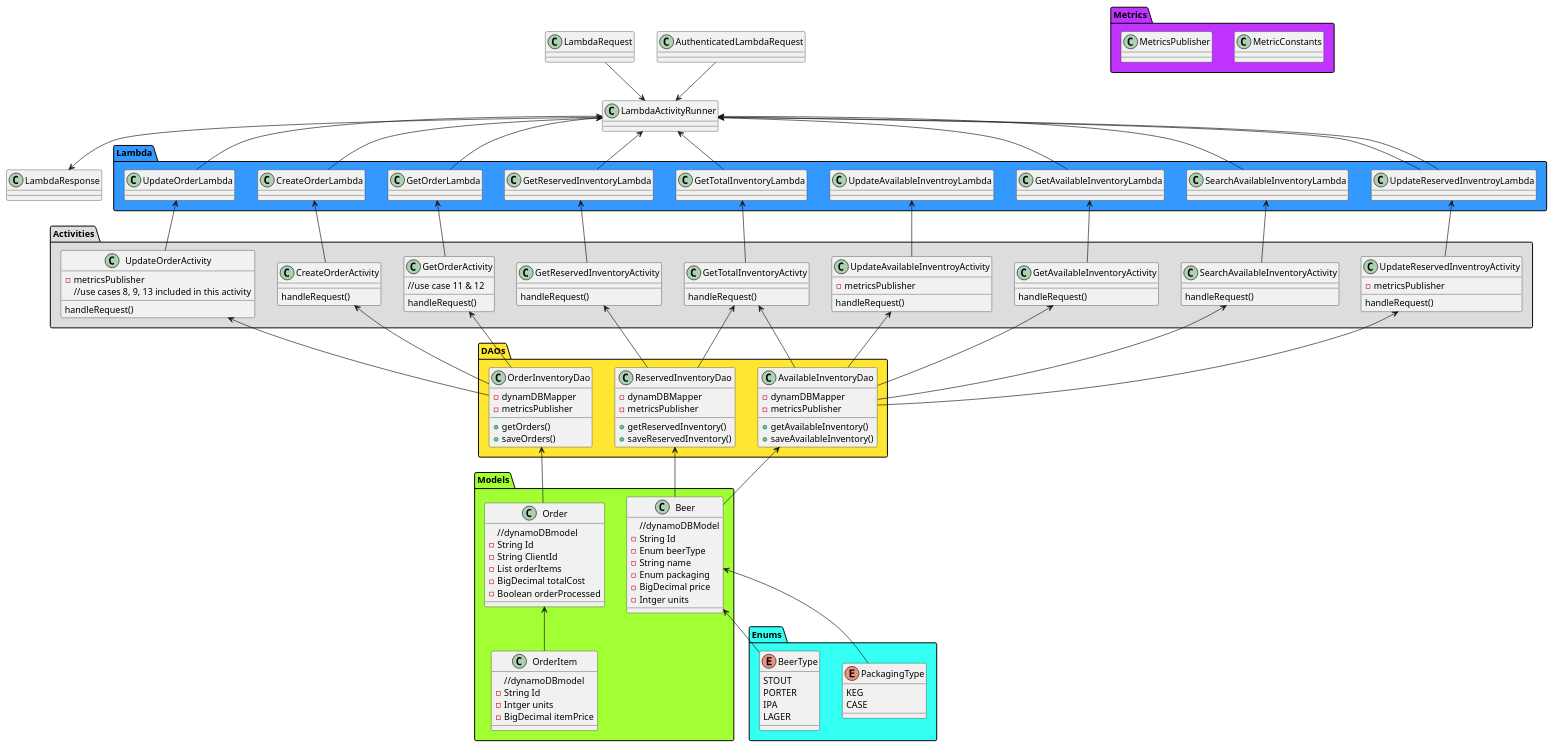
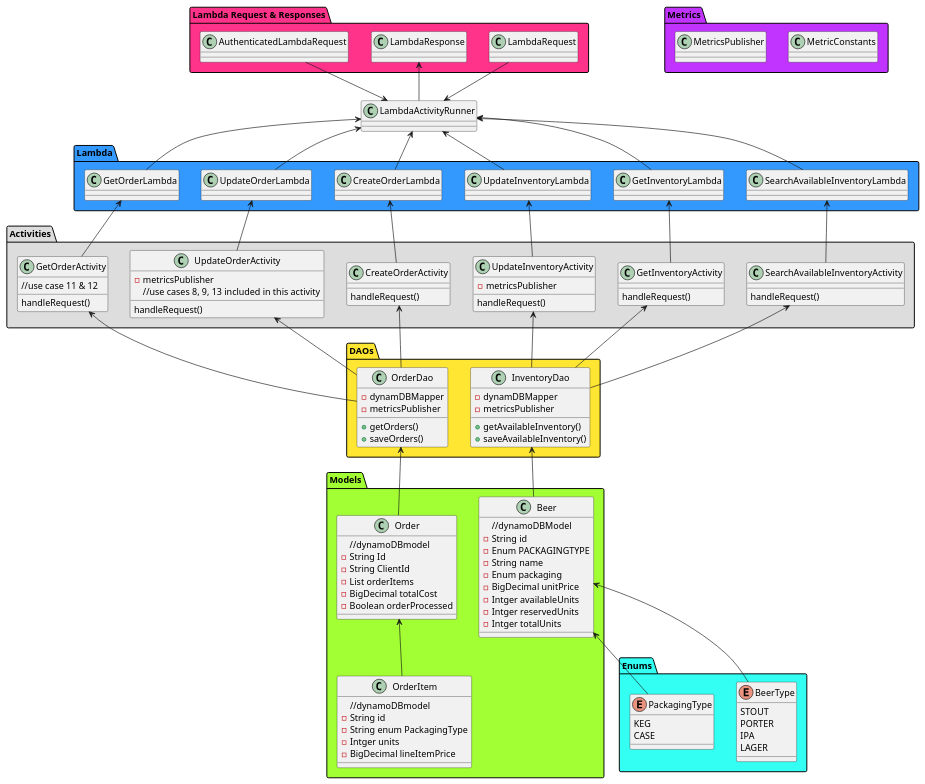
One commit to JNewton86/Six-Pack-Inovations changed the diagram in resources/SixPackInnovationsCD.puml. Above: the diagram before and after it, drawn with PlantUML.

Commit message:
refactored class diagram

```diff
--- a/resources/SixPackInnovationsCD.puml
+++ b/resources/SixPackInnovationsCD.puml
@@ -1,196 +1,167 @@
 @startuml
 'https://plantuml.com/class-diagram
 
 package "Activities" #DDDDDD {
-  class SearchAvailableInventoryActivity{
-  handleRequest()
-  }
 
-class GetAvailableInventoryActivity{
-handleRequest()
+    class SearchAvailableInventoryActivity{
+        handleRequest()
+    }
+
+    class GetInventoryActivity{
+        handleRequest()
+    }
+
+    class UpdateInventoryActivity{
+        -metricsPublisher
+        handleRequest()
+    }
+
+    class CreateOrderActivity{
+        handleRequest()
+    }
+
+    class UpdateOrderActivity{
+        -metricsPublisher
+        handleRequest()
+        //use cases 8, 9, 13 included in this activity
+    }
+
+    class GetOrderActivity{
+    handleRequest()
+    //use case 11 & 12
+    }
 }
 
-class GetReservedInventoryActivity{
-handleRequest()
-}
+package "DAOs" #FFE633 {
 
-class GetTotalInventoryActivty{
-handleRequest()
-}
+    class InventoryDao {
+        -dynamDBMapper
+        -metricsPublisher
+        +getAvailableInventory()
+        +saveAvailableInventory()
+    }
 
-class UpdateAvailableInventroyActivity{
--metricsPublisher
-handleRequest()
-}
 
-class UpdateReservedInventroyActivity{
--metricsPublisher
-handleRequest()
-}
-
-class CreateOrderActivity{
-handleRequest()
-}
-
-class UpdateOrderActivity{
--metricsPublisher
-handleRequest()
-//use cases 8, 9, 13 included in this activity
-}
-
-class GetOrderActivity{
-handleRequest()
-//use case 11 & 12
-}
-}
-package "DAOs" #FFE633 {
-class AvailableInventoryDao {
-    -dynamDBMapper
-    -metricsPublisher
-    +getAvailableInventory()
-    +saveAvailableInventory()
-}
-
-class ReservedInventoryDao {
-    -dynamDBMapper
-    -metricsPublisher
-    +getReservedInventory()
-    +saveReservedInventory()
-}
-class OrderInventoryDao {
-    -dynamDBMapper
-    -metricsPublisher
-    +getOrders()
-    +saveOrders()
-}
+    class OrderDao {
+        -dynamDBMapper
+        -metricsPublisher
+        +getOrders()
+        +saveOrders()
+    }
 }
 
 package "Models" #A2FF33 {
-class Beer {
-    //dynamoDBModel
-    -String Id
-    -Enum beerType
-    -String name
-    -Enum packaging
-    -BigDecimal price
-    -Intger units
-}
 
-class Order {
-    //dynamoDBmodel
-    -String Id
-    -String ClientId
-    -List orderItems
-    -BigDecimal totalCost
-    -Boolean orderProcessed
-}
+    class Beer {
+        //dynamoDBModel
+        -String id
+        -Enum PACKAGINGTYPE
+        -String name
+        -Enum packaging
+        -BigDecimal unitPrice
+        -Intger availableUnits
+        -Intger reservedUnits
+        -Intger totalUnits
+    }
 
-class OrderItem {
-    //dynamoDBmodel
-    -String Id
-    -Intger units
-    -BigDecimal itemPrice
-}
+    class Order {
+        //dynamoDBmodel
+        -String Id
+        -String ClientId
+        -List orderItems
+        -BigDecimal totalCost
+        -Boolean orderProcessed
+    }
+
+    class OrderItem {
+        //dynamoDBmodel
+        -String id
+        -String enum PackagingType
+        -Intger units
+        -BigDecimal lineItemPrice
+    }
 }
 
 package "Enums" #33FFF3 {
-enum BeerType {
-STOUT
-PORTER
-IPA
-LAGER
-}
 
-enum PackagingType {
-KEG
-CASE
-}
+    enum BeerType {
+        STOUT
+        PORTER
+        IPA
+        LAGER
+    }
+
+    enum PackagingType {
+        KEG
+        CASE
+    }
 }
 
 package "Lambda" #3399FF {
-    class SearchAvailableInventoryLambda {
+
+    class GetInventoryLambda {
     }
 
-    class SearchAvailableInventoryLambda {
-    }
-
-    class GetAvailableInventoryLambda {
-    }
-
-    class GetReservedInventoryLambda {
-    }
-
-    class GetTotalInventoryLambda {
-    }
-
-    class UpdateAvailableInventroyLambda {
-    }
-
-    class UpdateReservedInventroyLambda {
+    class UpdateInventoryLambda {
     }
 
     class CreateOrderLambda {
     }
 
     class UpdateOrderLambda {
     }
 
     class GetOrderLambda {
     }
+
+    class SearchAvailableInventoryLambda {
+    }
 }
 package "Metrics" #C133FF {
     class MetricConstants{
     }
     class MetricsPublisher{
     }
 }
 
+
+    class LambdaActivityRunner{
+        }
+
+package "Lambda Request & Responses" #FF338A{
     class LambdaRequest{
     }
 
     class LambdaResponse{
     }
     class AuthenticatedLambdaRequest{
     }
-    class LambdaActivityRunner{
-        }
-
-
+}
 LambdaActivityRunner <-- UpdateOrderLambda
-LambdaActivityRunner <-- SearchAvailableInventoryLambda
 LambdaActivityRunner <-- GetOrderLambda
 LambdaActivityRunner <-- CreateOrderLambda
-LambdaActivityRunner <-- GetAvailableInventoryLambda
-LambdaActivityRunner <-- UpdateReservedInventroyLambda
-LambdaActivityRunner <-- UpdateReservedInventroyLambda
-LambdaActivityRunner <-- GetTotalInventoryLambda
-LambdaActivityRunner <-- GetReservedInventoryLambda
+LambdaActivityRunner <-- UpdateInventoryLambda
+LambdaActivityRunner <-- GetInventoryLambda
+LambdaActivityRunner <-- SearchAvailableInventoryLambda
 LambdaActivityRunner --> LambdaResponse
 LambdaRequest --> LambdaActivityRunner
 AuthenticatedLambdaRequest --> LambdaActivityRunner
 Beer  <-- BeerType
-AvailableInventoryDao <-- Beer
 Beer <-- PackagingType
 Order <-- OrderItem
-ReservedInventoryDao <-- Beer
-OrderInventoryDao <-- Order
-SearchAvailableInventoryActivity <-- AvailableInventoryDao
-GetAvailableInventoryActivity <-- AvailableInventoryDao
-GetReservedInventoryActivity <-- ReservedInventoryDao
-UpdateAvailableInventroyActivity <-- AvailableInventoryDao
-UpdateReservedInventroyActivity <--AvailableInventoryDao
-CreateOrderActivity <-- OrderInventoryDao
-GetOrderActivity <-- OrderInventoryDao
-UpdateOrderActivity <--OrderInventoryDao
-GetTotalInventoryActivty <-- AvailableInventoryDao
-GetTotalInventoryActivty <-- ReservedInventoryDao
+InventoryDao <-- Beer
+OrderDao <-- Order
+
+CreateOrderActivity <-- OrderDao
+GetOrderActivity <-- OrderDao
+UpdateOrderActivity <--OrderDao
+GetInventoryActivity <-- InventoryDao
+UpdateInventoryActivity <--InventoryDao
+SearchAvailableInventoryActivity <-- InventoryDao
 SearchAvailableInventoryLambda <-- SearchAvailableInventoryActivity
-GetAvailableInventoryLambda <-- GetAvailableInventoryActivity
-GetReservedInventoryLambda <-- GetReservedInventoryActivity
+UpdateInventoryLambda <-- UpdateInventoryActivity
+GetInventoryLambda <-- GetInventoryActivity
 GetOrderLambda <-- GetOrderActivity
 UpdateOrderLambda <-- UpdateOrderActivity
-GetTotalInventoryLambda <-- GetTotalInventoryActivty
-UpdateReservedInventroyLambda <-- UpdateReservedInventroyActivity
 CreateOrderLambda <-- CreateOrderActivity
-UpdateAvailableInventroyLambda <-- UpdateAvailableInventroyActivity
 @enduml
```
